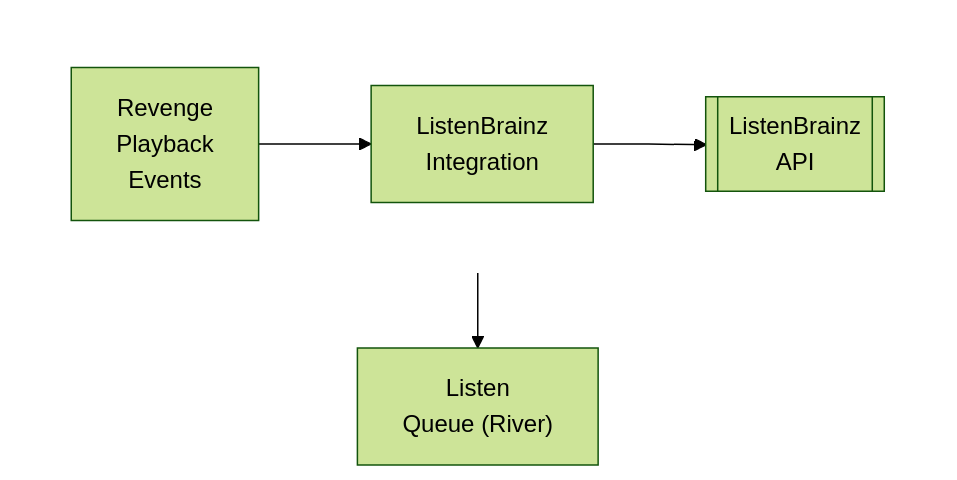
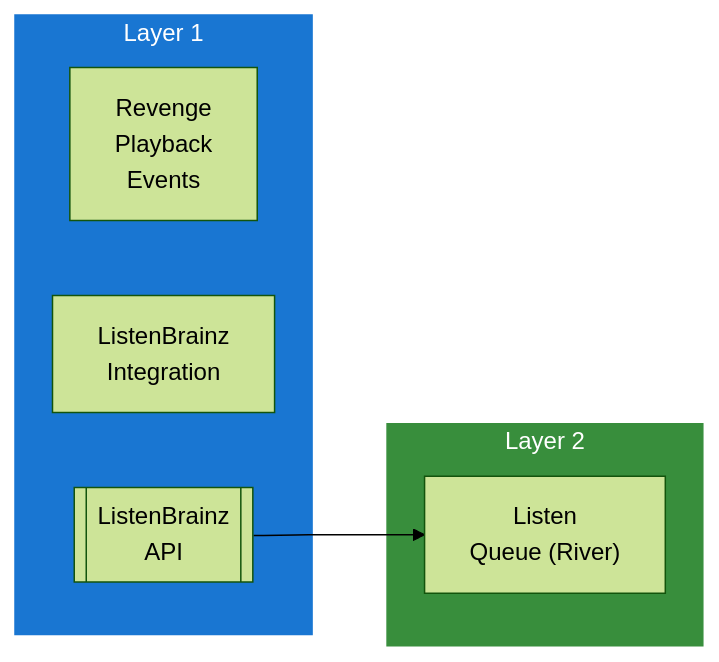
The diagram in docs/dev/design/integrations/scrobbling/LISTENBRAINZ.md (lusoris/revenge), drawn with Mermaid (forest theme) before and after one commit. The commit also changed 215 other files, not shown here.

First line of the commit message:
feat(diagrams): convert all ASCII diagrams to Mermaid with LR subgraphs

````diff
--- a/docs/dev/design/integrations/scrobbling/LISTENBRAINZ.md
+++ b/docs/dev/design/integrations/scrobbling/LISTENBRAINZ.md
@@ -58,16 +58,19 @@
 ```mermaid
-flowchart TD
-    subgraph row1[ ]
-        direction LR
+flowchart LR
+    subgraph Layer1["Layer 1"]
         node1["Revenge<br/>Playback<br/>Events"]
         node2["ListenBrainz<br/>Integration"]
         node3[["ListenBrainz<br/>API"]]
     end
-    node4["Listen<br/>Queue (River)"]
-    node1 --> node2
-    node2 --> node3
+
+    subgraph Layer2["Layer 2"]
+        node4["Listen<br/>Queue (River)"]
+    end
+
+    %% Connections
     node3 --> node4
 
-    %% Hide row subgraph borders
-    style row1 fill:transparent,stroke:transparent
+    %% Styling
+    style Layer1 fill:#1976D2,stroke:#1976D2,color:#fff
+    style Layer2 fill:#388E3C,stroke:#388E3C,color:#fff
 ```
````
